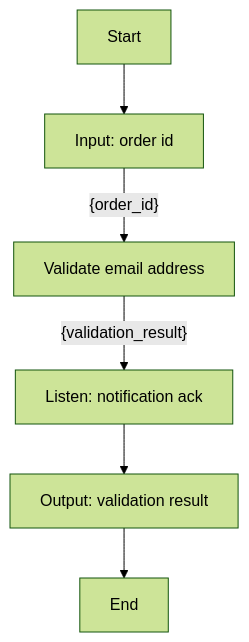
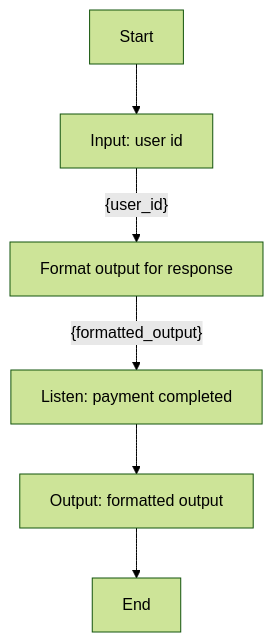
The diagram in poc-dsl-compiler/input/workflows/workflow_8.md (YJ-928/Temporal-Python-SDK), drawn with Mermaid (forest theme) before and after one commit. The commit also changed 46 other files, not shown here.

````diff
--- a/poc-dsl-compiler/input/workflows/workflow_8.md
+++ b/poc-dsl-compiler/input/workflows/workflow_8.md
@@ -1,8 +1,8 @@
 ```mermaid
 graph TD
-    A[Start] --> B[Input: order id]
-    B[Input: order id] -- {order_id} --> C[Validate email address]
-    C[Validate email address] -- {validation_result} --> D[Listen: notification ack]
-    D[Listen: notification ack] --> E[Output: validation result]
-    E[Output: validation result] --> F[End]
+    A[Start] --> B[Input: user id]
+    B[Input: user id] -- {user_id} --> C[Format output for response]
+    C[Format output for response] -- {formatted_output} --> D[Listen: payment completed]
+    D[Listen: payment completed] --> E[Output: formatted output]
+    E[Output: formatted output] --> F[End]
 ```
````
